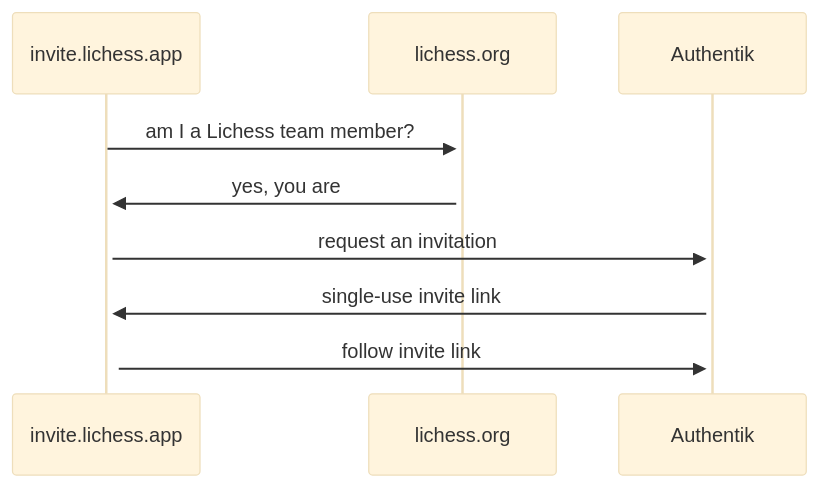
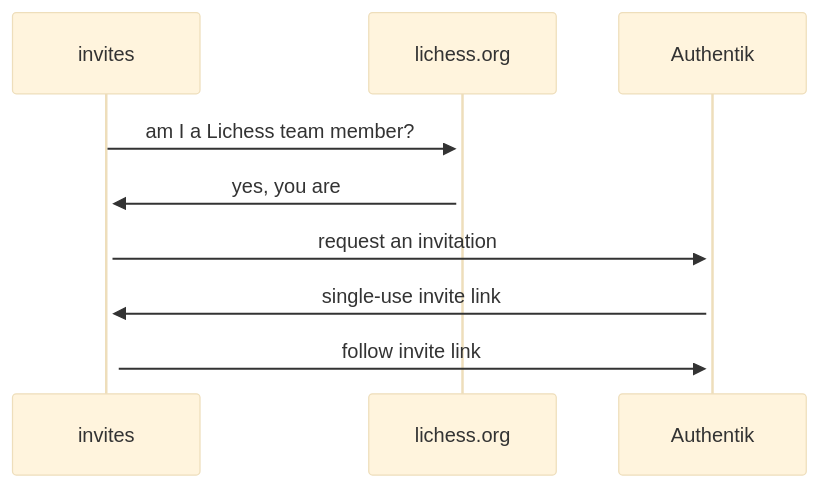
Before and after one commit to lichess-org/team: the diagram in README.md, drawn with Mermaid (base theme).

Commit message:
tweak chart

````diff
--- a/README.md
+++ b/README.md
@@ -1,8 +1,8 @@
 ```mermaid
 sequenceDiagram
-    invite.lichess.app->>+lichess.org: am I a Lichess team member?
-    lichess.org->>+invite.lichess.app: yes, you are
-    invite.lichess.app->>+Authentik: request an invitation
-    Authentik->>+invite.lichess.app: single-use invite link
-    invite.lichess.app->>+Authentik: follow invite link
+    invites->>+lichess.org: am I a Lichess team member?
+    lichess.org->>+invites: yes, you are
+    invites->>+Authentik: request an invitation
+    Authentik->>+invites: single-use invite link
+    invites->>+Authentik: follow invite link
 ```
````
